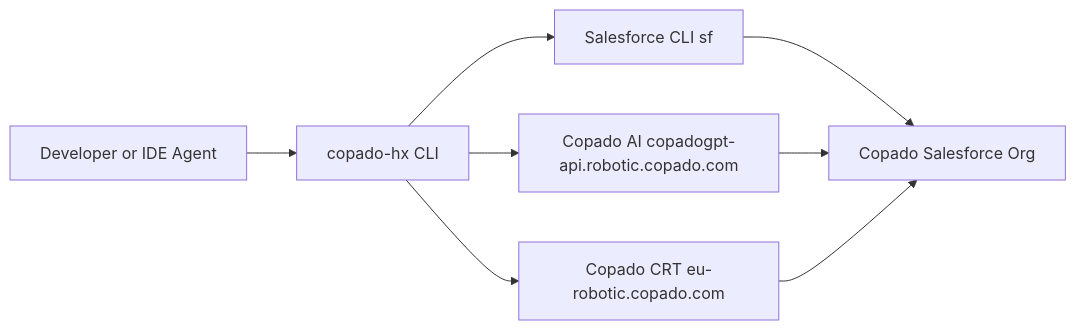
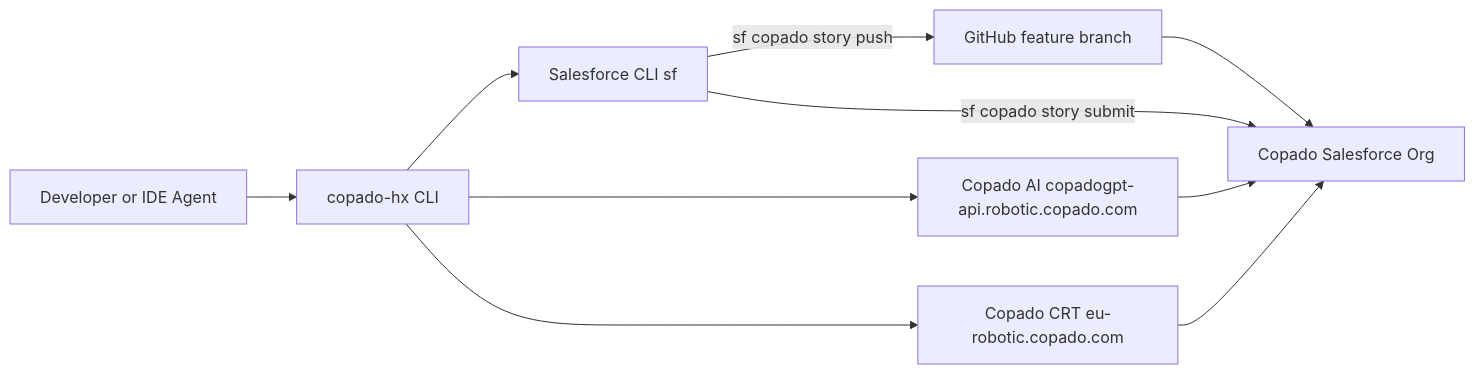
The diagram in README.md (DevSudhit/Copado_Headless_Agent), drawn with Mermaid before and after one commit. The commit also changed other lines of this file and 2 other files, not shown here.

Commit message:
feat: live promote/deploy via sf copado story submit, update README, ignore .env and state files

````diff
--- a/README.md
+++ b/README.md
@@ -27,10 +27,12 @@
 ```mermaid
 flowchart LR
     U[Developer or IDE Agent] --> C[copado-hx CLI]
     C --> SF[Salesforce CLI sf]
     C --> AI[Copado AI copadogpt-api.robotic.copado.com]
     C --> CRT[Copado CRT eu-robotic.copado.com]
-    SF --> ORG[Copado Salesforce Org]
+    SF -->|sf copado story push| GH[GitHub feature branch]
+    SF -->|sf copado story submit| ORG[Copado Salesforce Org]
     AI --> ORG
     CRT --> ORG
+    GH --> ORG
 ```
````
